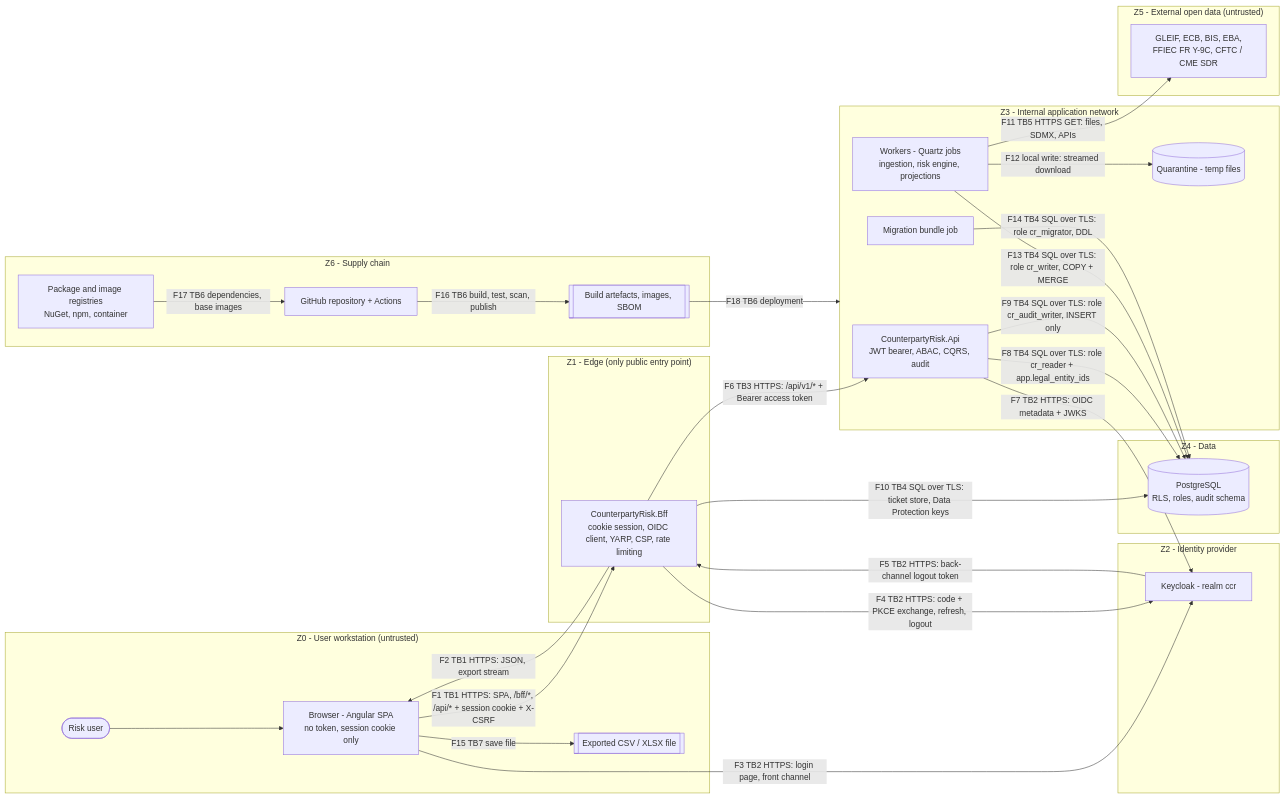
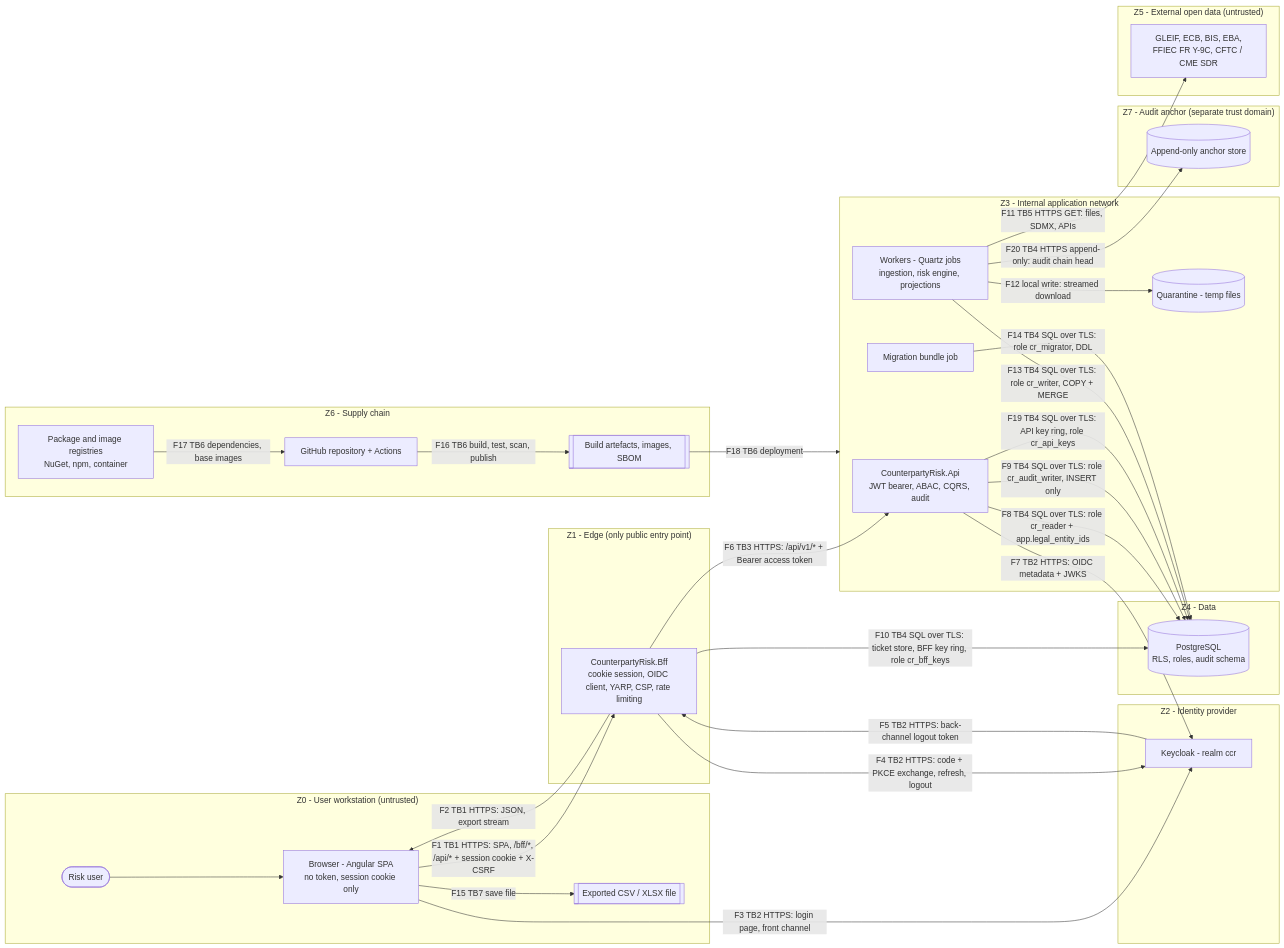
One commit to Yvahajatiana/counterparty-risk changed the diagram in docs/security/data-flow.md. Above: the diagram before and after it, drawn with Mermaid. The commit also changed other lines of this file and 3 other files, not shown here.

First line of the commit message:
docs(security): address Codex review on audit chain, key rings and signing algorithm (#4)

````diff
--- a/docs/security/data-flow.md
+++ b/docs/security/data-flow.md
@@ -14,57 +14,63 @@
 ```mermaid
 flowchart LR
   subgraph Z0["Z0 - User workstation (untrusted)"]
     USR(["Risk user"])
     BRW["Browser - Angular SPA<br/>no token, session cookie only"]
     XF[["Exported CSV / XLSX file"]]
   end
 
   subgraph Z1["Z1 - Edge (only public entry point)"]
     BFF["CounterpartyRisk.Bff<br/>cookie session, OIDC client, YARP, CSP, rate limiting"]
   end
 
   subgraph Z2["Z2 - Identity provider"]
     KC["Keycloak - realm ccr"]
   end
 
   subgraph Z3["Z3 - Internal application network"]
     API["CounterpartyRisk.Api<br/>JWT bearer, ABAC, CQRS, audit"]
     WRK["Workers - Quartz jobs<br/>ingestion, risk engine, projections"]
     MIG["Migration bundle job"]
     QUA[("Quarantine - temp files")]
   end
 
   subgraph Z4["Z4 - Data"]
     PG[("PostgreSQL<br/>RLS, roles, audit schema")]
   end
 
+  subgraph Z7["Z7 - Audit anchor (separate trust domain)"]
+    ANC[("Append-only anchor store")]
+  end
+
   subgraph Z5["Z5 - External open data (untrusted)"]
     EXT["GLEIF, ECB, BIS, EBA,<br/>FFIEC FR Y-9C, CFTC / CME SDR"]
   end
 
   subgraph Z6["Z6 - Supply chain"]
     GH["GitHub repository + Actions"]
     REG["Package and image registries<br/>NuGet, npm, container"]
     ART[["Build artefacts, images, SBOM"]]
   end
 
   USR --> BRW
   BRW -- "F1 TB1 HTTPS: SPA, /bff/*, /api/* + session cookie + X-CSRF" --> BFF
   BFF -- "F2 TB1 HTTPS: JSON, export stream" --> BRW
   BRW -- "F3 TB2 HTTPS: login page, front channel" --> KC
   BFF -- "F4 TB2 HTTPS: code + PKCE exchange, refresh, logout" --> KC
   KC -- "F5 TB2 HTTPS: back-channel logout token" --> BFF
   BFF -- "F6 TB3 HTTPS: /api/v1/* + Bearer access token" --> API
   API -- "F7 TB2 HTTPS: OIDC metadata + JWKS" --> KC
   API -- "F8 TB4 SQL over TLS: role cr_reader + app.legal_entity_ids" --> PG
   API -- "F9 TB4 SQL over TLS: role cr_audit_writer, INSERT only" --> PG
-  BFF -- "F10 TB4 SQL over TLS: ticket store, Data Protection keys" --> PG
+  BFF -- "F10 TB4 SQL over TLS: ticket store, BFF key ring, role cr_bff_keys" --> PG
+  API -- "F19 TB4 SQL over TLS: API key ring, role cr_api_keys" --> PG
+  WRK -- "F20 TB4 HTTPS append-only: audit chain head" --> ANC
   WRK -- "F11 TB5 HTTPS GET: files, SDMX, APIs" --> EXT
   WRK -- "F12 local write: streamed download" --> QUA
   WRK -- "F13 TB4 SQL over TLS: role cr_writer, COPY + MERGE" --> PG
   MIG -- "F14 TB4 SQL over TLS: role cr_migrator, DDL" --> PG
   BRW -- "F15 TB7 save file" --> XF
   GH -- "F16 TB6 build, test, scan, publish" --> ART
   REG -- "F17 TB6 dependencies, base images" --> GH
   ART -- "F18 TB6 deployment" --> Z3
 ```
````
